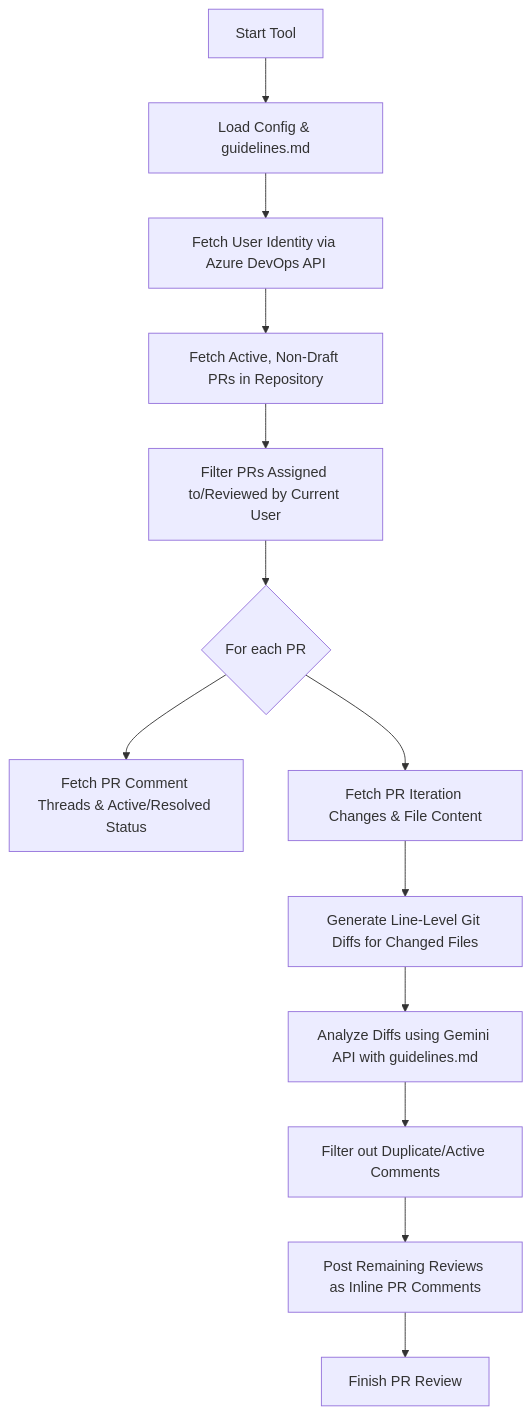
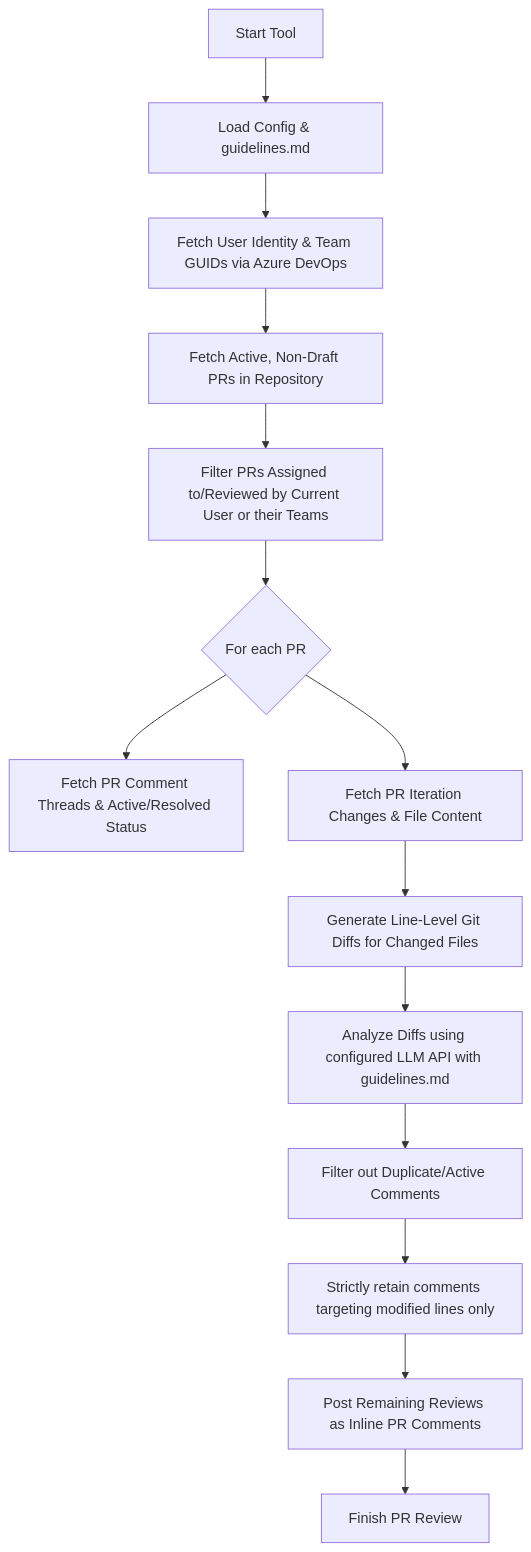
The diagram in README.md (jacksonalappatt/PR-Automation), drawn with Mermaid before and after one commit. The commit also changed other lines of this file and 6 other files, not shown here.

Commit message:
Implement multi-provider AI support (Gemini, OpenAI, Azure OpenAI) and document configurations in README

````diff
--- a/README.md
+++ b/README.md
@@ -22,15 +28,16 @@
 ```mermaid
 graph TD
     A[Start Tool] --> B[Load Config & guidelines.md]
-    B --> C[Fetch User Identity via Azure DevOps API]
+    B --> C[Fetch User Identity & Team GUIDs via Azure DevOps]
     C --> D[Fetch Active, Non-Draft PRs in Repository]
-    D --> E[Filter PRs Assigned to/Reviewed by Current User]
+    D --> E[Filter PRs Assigned to/Reviewed by Current User or their Teams]
     E --> F{For each PR}
     F --> G[Fetch PR Comment Threads & Active/Resolved Status]
     F --> H[Fetch PR Iteration Changes & File Content]
     H --> I[Generate Line-Level Git Diffs for Changed Files]
-    I --> J[Analyze Diffs using Gemini API with guidelines.md]
+    I --> J[Analyze Diffs using configured LLM API with guidelines.md]
     J --> K[Filter out Duplicate/Active Comments]
-    K --> L[Post Remaining Reviews as Inline PR Comments]
-    L --> M[Finish PR Review]
+    K --> L[Strictly retain comments targeting modified lines only]
+    L --> M[Post Remaining Reviews as Inline PR Comments]
+    M --> N[Finish PR Review]
 ```
````
